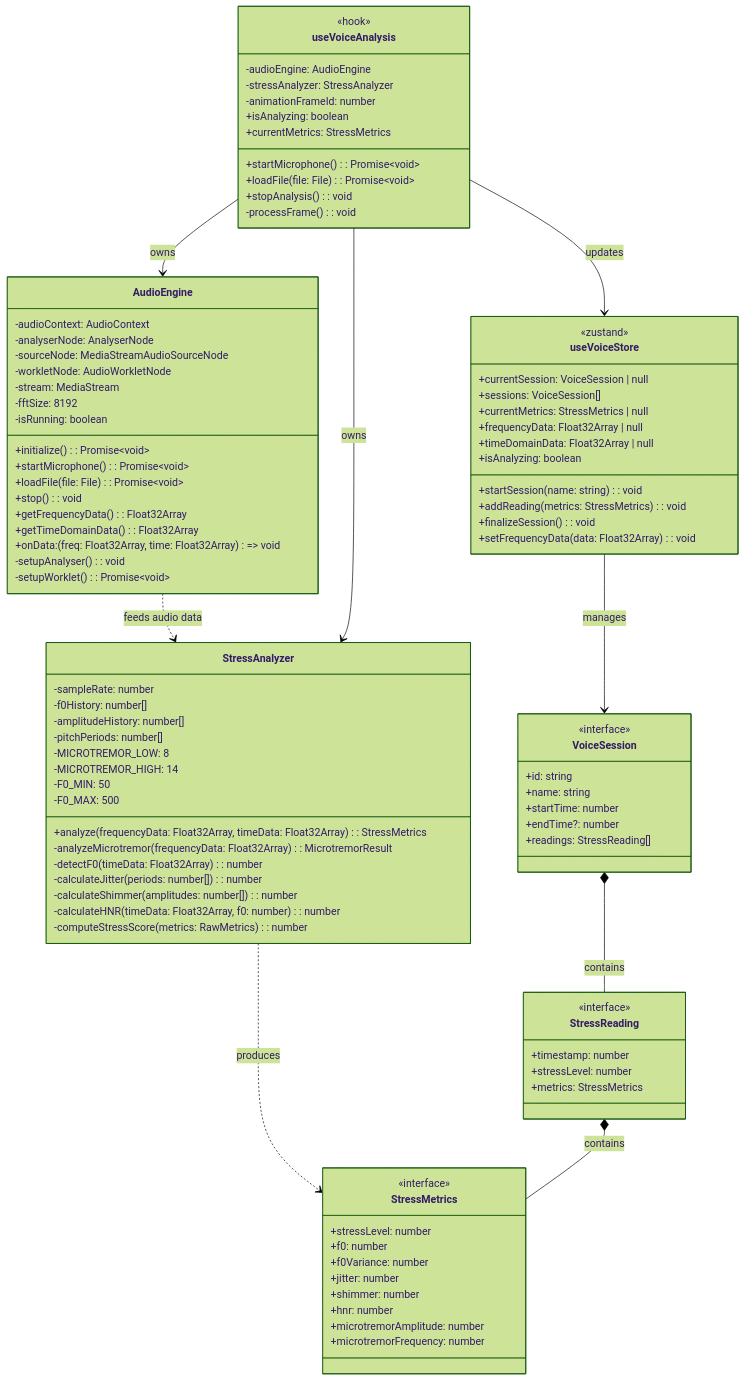
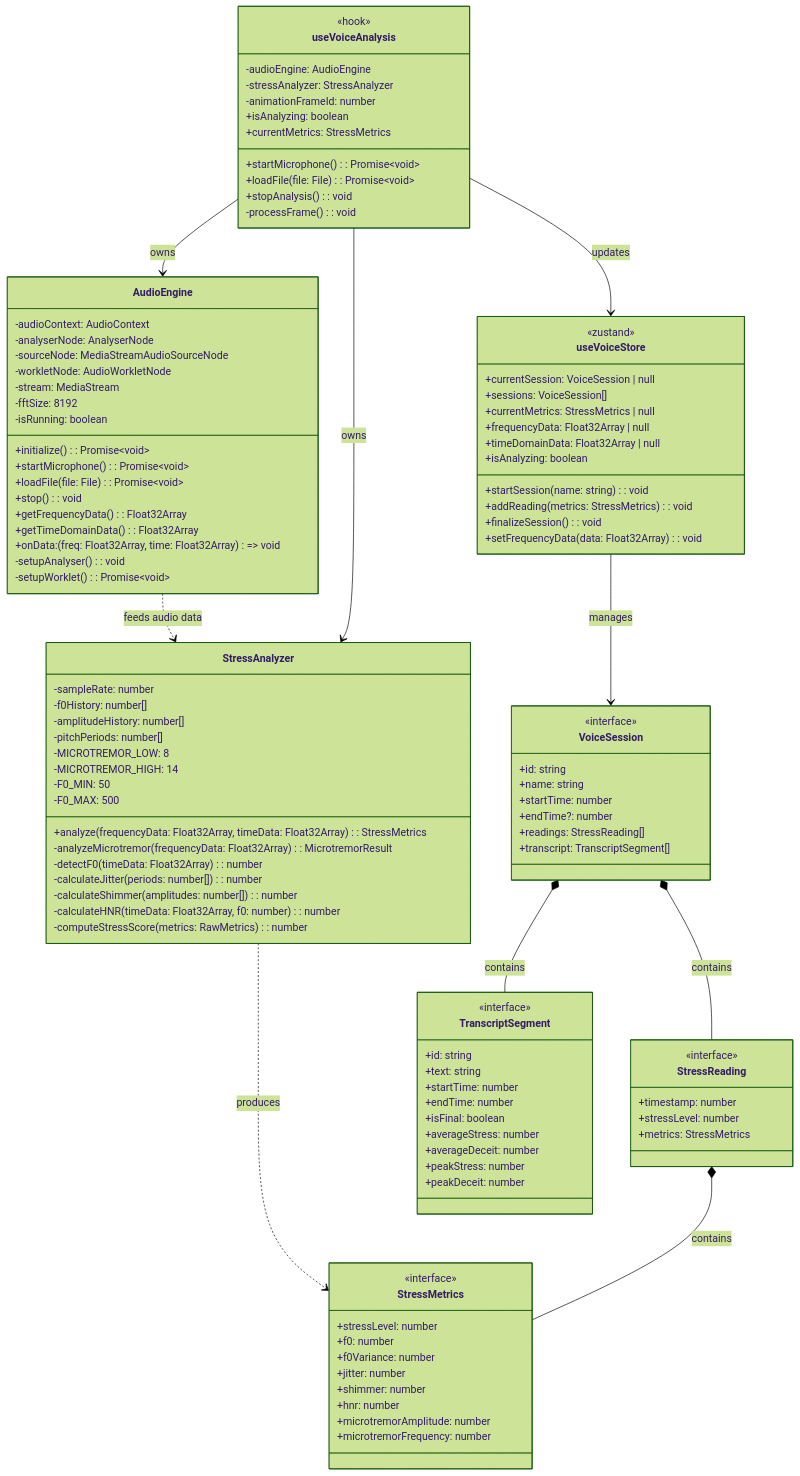
The first of 4 diagrams in design/c4-diagrams/4-code.md (ssevera1/ToneAnalyzer), drawn with Mermaid (forest theme) before and after one commit. The commit also changed other lines of this file and 4 other files, not shown here.

````diff
--- a/design/c4-diagrams/4-code.md
+++ b/design/c4-diagrams/4-code.md
@@ -62,6 +62,19 @@
         +metrics: StressMetrics
     }
 
+    class TranscriptSegment {
+        <<interface>>
+        +id: string
+        +text: string
+        +startTime: number
+        +endTime: number
+        +isFinal: boolean
+        +averageStress: number
+        +averageDeceit: number
+        +peakStress: number
+        +peakDeceit: number
+    }
+
     class VoiceSession {
         <<interface>>
         +id: string
@@ -69,6 +82,7 @@
         +startTime: number
         +endTime?: number
         +readings: StressReading[]
+        +transcript: TranscriptSegment[]
     }
 
     class useVoiceAnalysis {
@@ -105,5 +119,6 @@
     useVoiceAnalysis --> useVoiceStore : updates
     useVoiceStore --> VoiceSession : manages
     VoiceSession *-- StressReading : contains
+    VoiceSession *-- TranscriptSegment : contains
     StressReading *-- StressMetrics : contains
 ```
````
